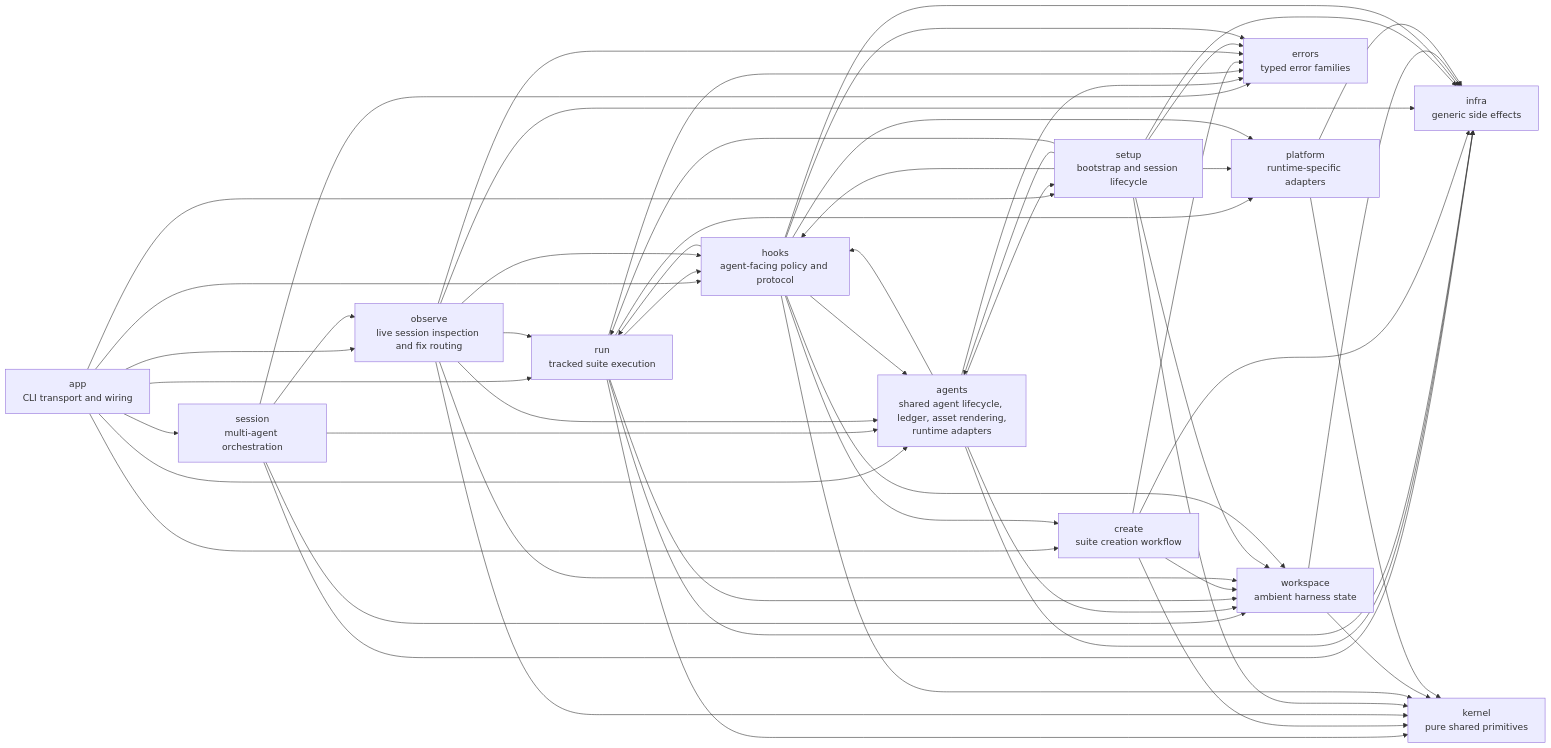
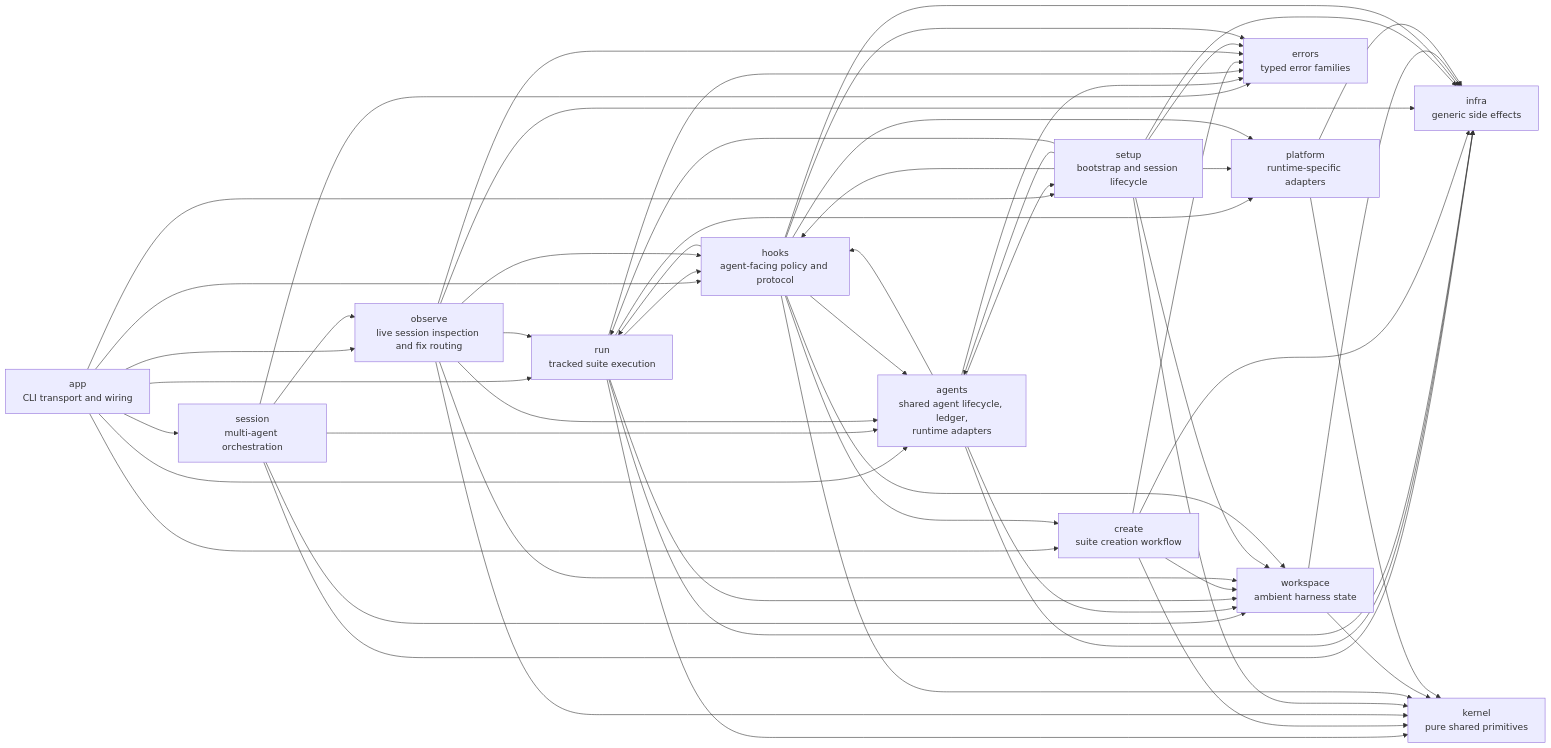
Before and after one commit to smykla-skalski/harness: the first of 3 diagrams in ARCHITECTURE.md, drawn with Mermaid. The commit also changed other lines of this file and 254 other files, not shown here.

````diff
--- a/ARCHITECTURE.md
+++ b/ARCHITECTURE.md
@@ -9,81 +9,81 @@
 ```mermaid
 flowchart LR
     App["app\nCLI transport and wiring"]
 
-    Agents["agents\nshared agent lifecycle, ledger, asset rendering,\nruntime adapters"]
+    Agents["agents\nshared agent lifecycle, ledger,\nruntime adapters"]
     Session["session\nmulti-agent orchestration"]
     Run["run\ntracked suite execution"]
     Create["create\nsuite creation workflow"]
     Observe["observe\nlive session inspection and fix routing"]
     Setup["setup\nbootstrap and session lifecycle"]
     Hooks["hooks\nagent-facing policy and protocol"]
 
     Kernel["kernel\npure shared primitives"]
     Workspace["workspace\nambient harness state"]
     Platform["platform\nruntime-specific adapters"]
     Infra["infra\ngeneric side effects"]
     Errors["errors\ntyped error families"]
 
     App --> Run
     App --> Agents
     App --> Session
     App --> Create
     App --> Observe
     App --> Setup
     App --> Hooks
 
     Session --> Agents
     Session --> Observe
     Session --> Workspace
     Session --> Infra
     Session --> Errors
 
     Agents --> Hooks
     Agents --> Setup
     Agents --> Workspace
     Agents --> Infra
     Agents --> Errors
 
     Run --> Hooks
     Run --> Kernel
     Run --> Workspace
     Run --> Platform
     Run --> Infra
     Run --> Errors
 
     Create --> Kernel
     Create --> Workspace
     Create --> Infra
     Create --> Errors
 
     Observe --> Hooks
     Observe --> Agents
     Observe --> Run
     Observe --> Kernel
     Observe --> Workspace
     Observe --> Infra
     Observe --> Errors
 
     Setup --> Hooks
     Setup --> Agents
     Setup --> Run
     Setup --> Kernel
     Setup --> Workspace
     Setup --> Platform
     Setup --> Infra
     Setup --> Errors
 
     Hooks --> Run
     Hooks --> Create
     Hooks --> Agents
     Hooks --> Platform
     Hooks --> Kernel
     Hooks --> Workspace
     Hooks --> Infra
     Hooks --> Errors
 
     Workspace --> Kernel
     Workspace --> Infra
     Platform --> Kernel
     Platform --> Infra
 ```
````
